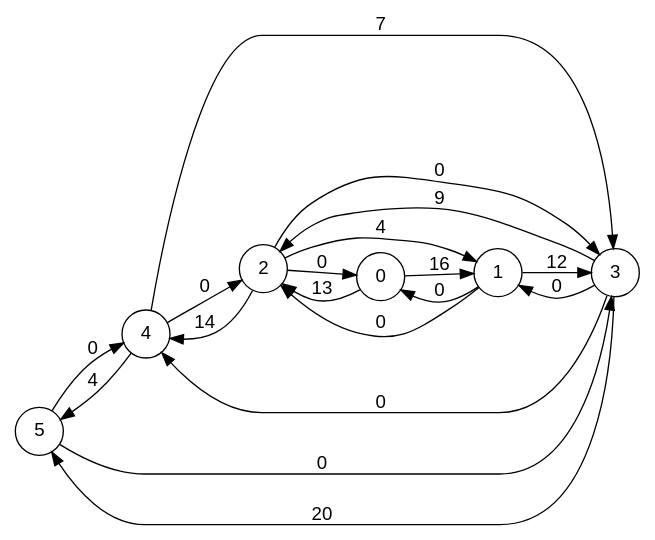
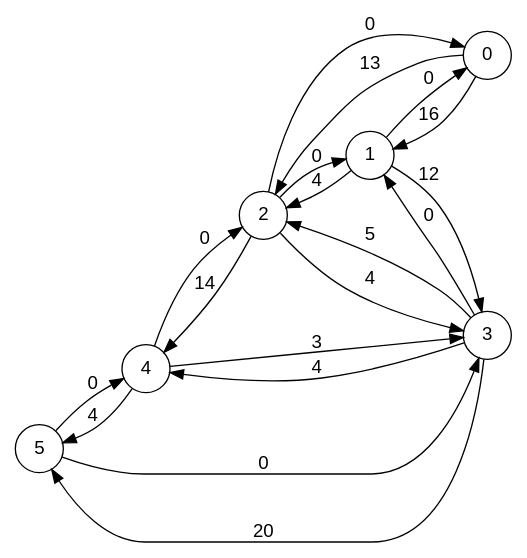
One commit to skferrei31/ocaml-maxflow-project-lavergne-ferreira changed the diagram in my_graph.dot. Above: the diagram before and after it, drawn with Graphviz. The commit also changed 4 other files, not shown here.

```diff
--- a/my_graph.dot
+++ b/my_graph.dot
@@ -1,30 +1,30 @@
  digraph finite_state_machine {
 
       fontname="Helvetica,Arial,sans-serif"
 
       node [fontname= "Helvetica,Arial,sans-serif"]
 
       edge [fontname="Helvetica,Arial,sans-serif"]
 
       rankdir=LR;
 
       node [shape = circle]; 
 5->4[label = "0"];
 5->3[label = "0"];
-4->5[label = "4"];
-4->3[label = "7"];
-4->2[label = "0"];
-3->4[label = "0"];
-3->5[label = "20"];
-3->2[label = "9"];
-3->1[label = "0"];
-2->3[label = "0"];
-2->4[label = "14"];
-2->1[label = "4"];
-2->0[label = "0"];
 0->2[label = "13"];
 0->1[label = "16"];
-1->2[label = "0"];
+4->5[label = "4"];
+4->2[label = "0"];
+4->3[label = "3"];
+3->5[label = "20"];
+3->1[label = "0"];
+3->4[label = "4"];
+3->2[label = "5"];
 1->3[label = "12"];
 1->0[label = "0"];
+1->2[label = "4"];
+2->4[label = "14"];
+2->0[label = "0"];
+2->3[label = "4"];
+2->1[label = "0"];
 }
```
